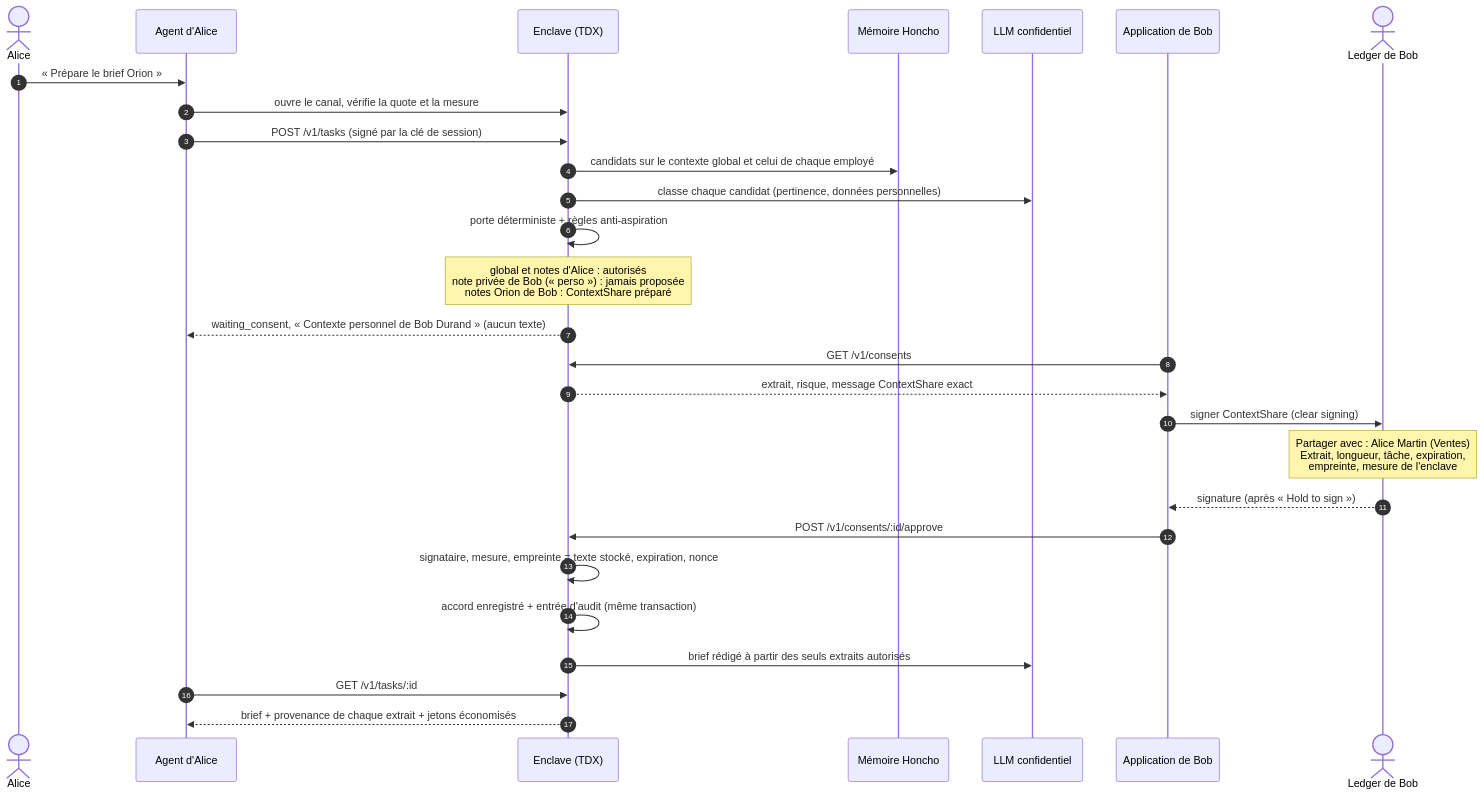
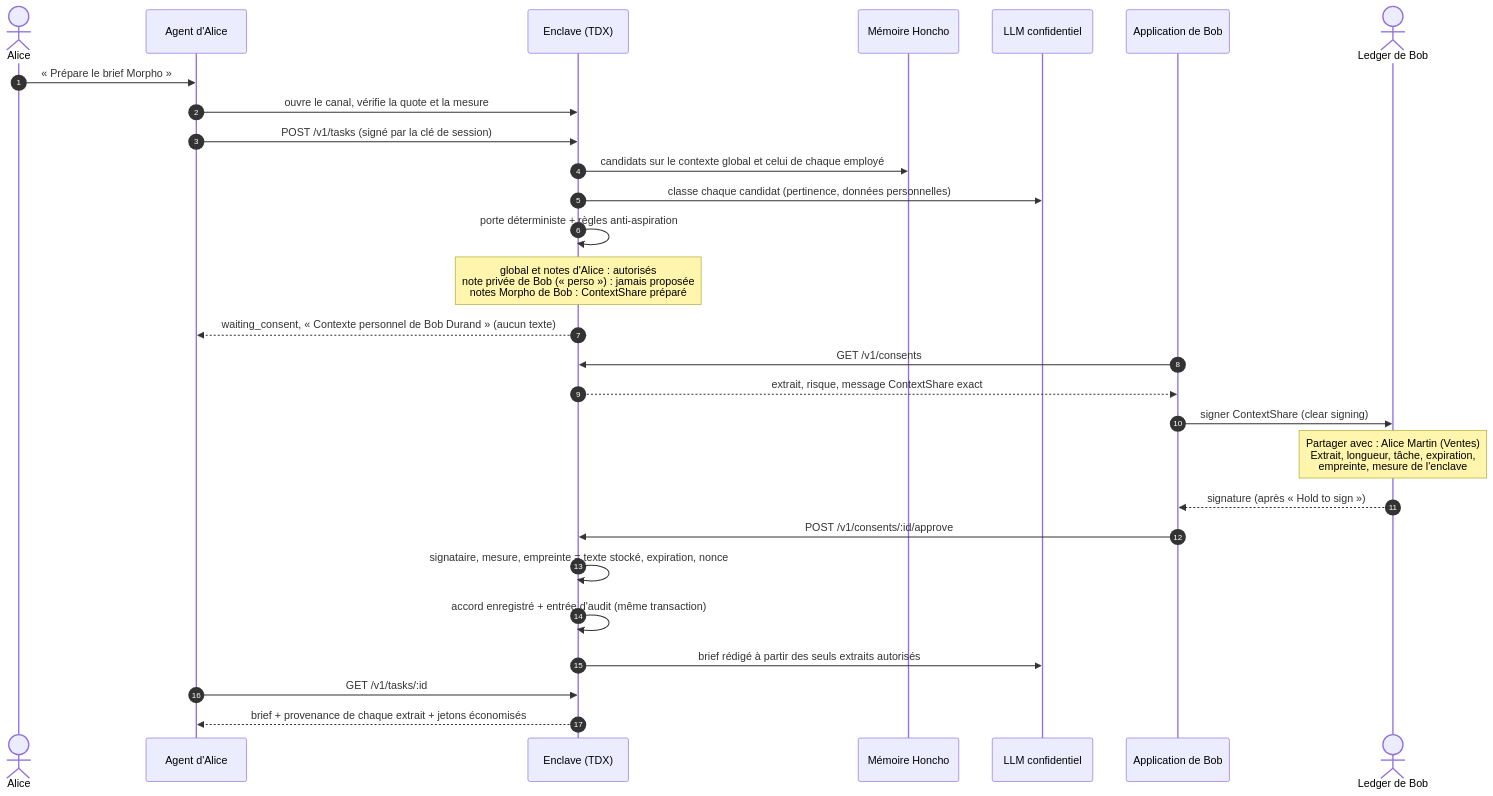
One commit to ebenbaruk/badge changed the second of 3 diagrams in docs/ARCHITECTURE.md. Above: the diagram before and after it, drawn with Mermaid. The commit also changed other lines of this file and 68 other files, not shown here.

````diff
--- a/docs/ARCHITECTURE.md
+++ b/docs/ARCHITECTURE.md
@@ -84,31 +85,31 @@
 ```mermaid
 sequenceDiagram
   autonumber
   actor Alice
   participant AA as Agent d'Alice
   participant E as Enclave (TDX)
   participant M as Mémoire Honcho
   participant LLM as LLM confidentiel
   participant AB as Application de Bob
   actor Bob as Ledger de Bob
 
-  Alice->>AA: « Prépare le brief Orion »
+  Alice->>AA: « Prépare le brief Morpho »
   AA->>E: ouvre le canal, vérifie la quote et la mesure
   AA->>E: POST /v1/tasks (signé par la clé de session)
   E->>M: candidats sur le contexte global et celui de chaque employé
   E->>LLM: classe chaque candidat (pertinence, données personnelles)
   E->>E: porte déterministe + règles anti-aspiration
-  Note over E: global et notes d'Alice : autorisés<br/>note privée de Bob (« perso ») : jamais proposée<br/>notes Orion de Bob : ContextShare préparé
+  Note over E: global et notes d'Alice : autorisés<br/>note privée de Bob (« perso ») : jamais proposée<br/>notes Morpho de Bob : ContextShare préparé
   E-->>AA: waiting_consent, « Contexte personnel de Bob Durand » (aucun texte)
   AB->>E: GET /v1/consents
   E-->>AB: extrait, risque, message ContextShare exact
   AB->>Bob: signer ContextShare (clear signing)
   Note over Bob: Partager avec : Alice Martin (Ventes)<br/>Extrait, longueur, tâche, expiration,<br/>empreinte, mesure de l'enclave
   Bob-->>AB: signature (après « Hold to sign »)
   AB->>E: POST /v1/consents/:id/approve
   E->>E: signataire, mesure, empreinte = texte stocké, expiration, nonce
   E->>E: accord enregistré + entrée d'audit (même transaction)
   E->>LLM: brief rédigé à partir des seuls extraits autorisés
   AA->>E: GET /v1/tasks/:id
   E-->>AA: brief + provenance de chaque extrait + jetons économisés
 ```
````
